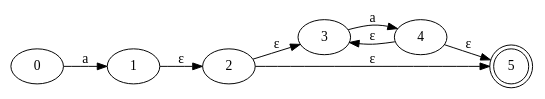
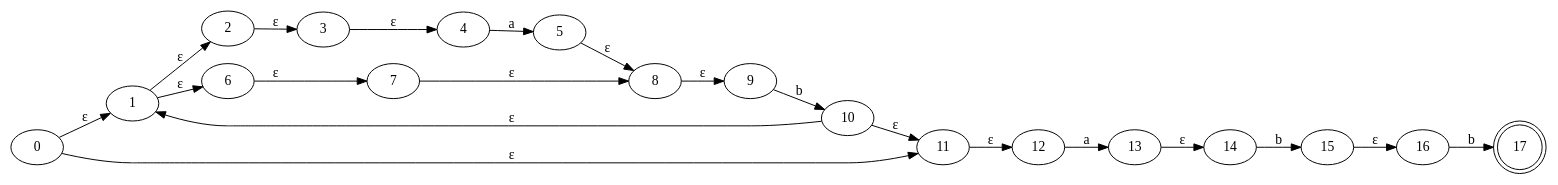
The diagram in Graph/Thompson.gv (MaaarcosG/Automatas), drawn with Graphviz before and after one commit. The commit also changed 13 other files, not shown here.

```diff
--- a/Graph/Thompson.gv
+++ b/Graph/Thompson.gv
@@ -1,16 +1,41 @@
 digraph Automata {
 	rankdir=LR
 	0 [label=0]
-	0 -> 1 [label=a]
+	0 -> 1 [label="ε"]
+	0 -> 11 [label="ε"]
 	1 [label=1]
 	1 -> 2 [label="ε"]
+	1 -> 6 [label="ε"]
 	2 [label=2]
 	2 -> 3 [label="ε"]
-	2 -> 5 [label="ε"]
 	3 [label=3]
-	3 -> 4 [label=a]
+	3 -> 4 [label="ε"]
 	4 [label=4]
-	4 -> 3 [label="ε"]
-	4 -> 5 [label="ε"]
-	5 [label=5 shape=doublecircle]
+	4 -> 5 [label=a]
+	5 [label=5]
+	5 -> 8 [label="ε"]
+	6 [label=6]
+	6 -> 7 [label="ε"]
+	7 [label=7]
+	7 -> 8 [label="ε"]
+	8 [label=8]
+	8 -> 9 [label="ε"]
+	9 [label=9]
+	9 -> 10 [label=b]
+	10 [label=10]
+	10 -> 1 [label="ε"]
+	10 -> 11 [label="ε"]
+	11 [label=11]
+	11 -> 12 [label="ε"]
+	12 [label=12]
+	12 -> 13 [label=a]
+	13 [label=13]
+	13 -> 14 [label="ε"]
+	14 [label=14]
+	14 -> 15 [label=b]
+	15 [label=15]
+	15 -> 16 [label="ε"]
+	16 [label=16]
+	16 -> 17 [label=b]
+	17 [label=17 shape=doublecircle]
 }
```
